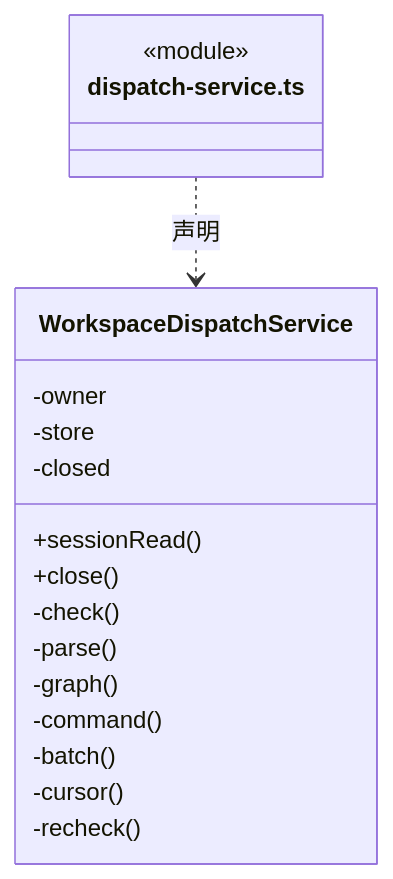
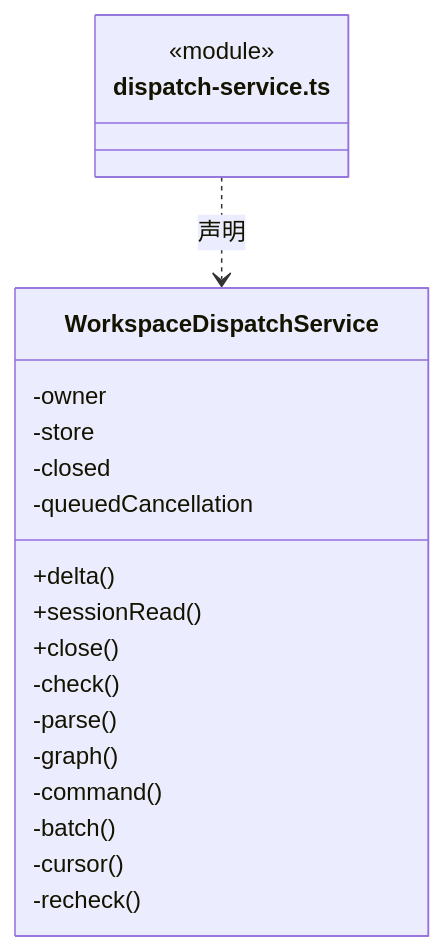
The sixth of 40 diagrams in src/backend/scheduler-engine/execution/ARCHITECTURE.md (nan023062/cbim), drawn with Mermaid before and after one commit. The commit also changed other lines of this file and 46 other files, not shown here.

````diff
--- a/src/backend/scheduler-engine/execution/ARCHITECTURE.md
+++ b/src/backend/scheduler-engine/execution/ARCHITECTURE.md
@@ -197,21 +198,23 @@
 ```mermaid
 classDiagram
 class N_src_backend_scheduler_engine_execution_dispatch_service_ts["dispatch-service.ts"] {
   <<module>>
 }
 class N_src_backend_scheduler_engine_execution_dispatch_service_ts_WorkspaceDispatchService["WorkspaceDispatchService"] {
+  +delta()
   +sessionRead()
   +close()
   -owner
   -store
   -closed
+  -queuedCancellation
   -check()
   -parse()
   -graph()
   -command()
   -batch()
   -cursor()
   -recheck()
 }
 N_src_backend_scheduler_engine_execution_dispatch_service_ts ..> N_src_backend_scheduler_engine_execution_dispatch_service_ts_WorkspaceDispatchService : 声明
 ```
````
